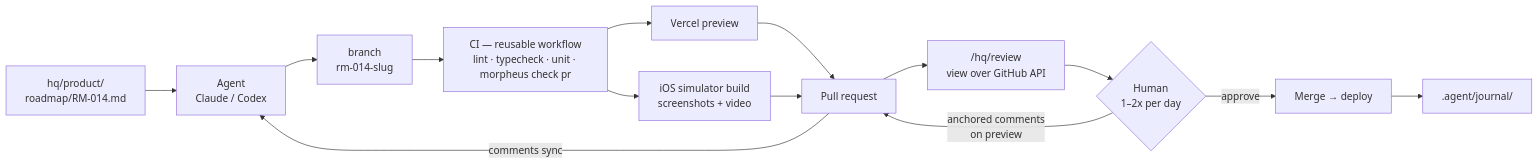
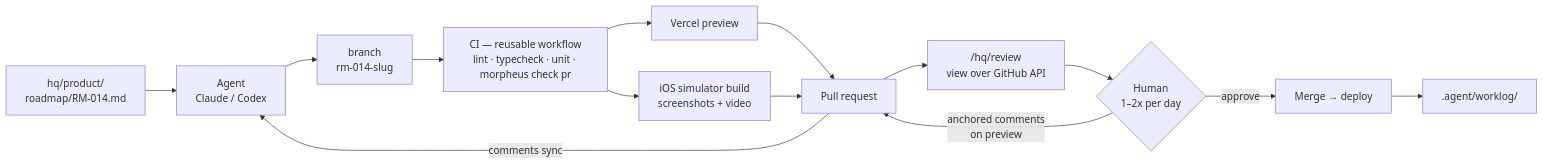
The second of 4 diagrams in architecture.md (cpheinrich/morpheus), drawn with Mermaid before and after one commit. The commit also changed other lines of this file and 10 other files, not shown here.

First line of the commit message:
docs: inbox-archive and worklog, with .agent/README explaining the pairing

````diff
--- a/architecture.md
+++ b/architecture.md
@@ -533,16 +533,16 @@
 ```mermaid
 flowchart LR
     RM["hq/product/<br/>roadmap/RM-014.md"] --> AG[Agent<br/>Claude / Codex]
     AG --> BR["branch<br/>rm-014-slug"]
     BR --> CI["CI — reusable workflow<br/>lint · typecheck · unit · morpheus check pr"]
     CI --> PREV[Vercel preview]
     CI --> SIM["iOS simulator build<br/>screenshots + video"]
     PREV --> PR[Pull request]
     SIM --> PR
     PR --> Q["/hq/review<br/>view over GitHub API"]
     Q --> H{Human<br/>1–2x per day}
     H -->|anchored comments<br/>on preview| PR
     H -->|approve| MERGE[Merge → deploy]
     PR -->|comments sync| AG
-    MERGE --> J[".agent/journal/"]
+    MERGE --> J[".agent/worklog/"]
 ```
````
